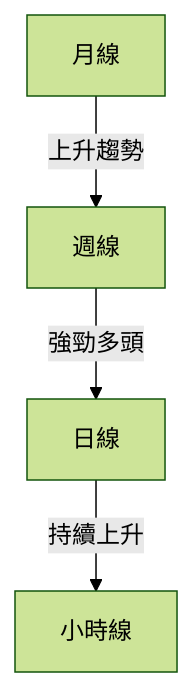
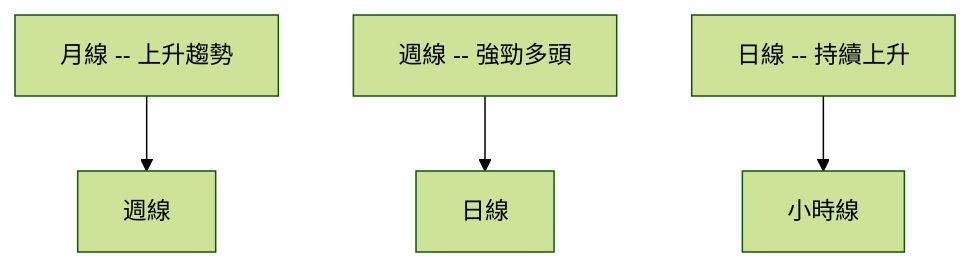
The second of 7 diagrams in ai_gen_report/stock/pl/technical_analysis_2026-05-08_openai.md (yennanliu/finance_data), drawn with Mermaid (forest theme) before and after one commit. The commit also changed other lines of this file and 2258 other files, not shown here.

First line of the commit message:
chore: backfill Mermaid syntax repair across existing reports

````diff
--- a/ai_gen_report/stock/pl/technical_analysis_2026-05-08_openai.md
+++ b/ai_gen_report/stock/pl/technical_analysis_2026-05-08_openai.md
@@ -104,6 +104,6 @@
 ```mermaid
 graph TD
-    月線 -- 上升趨勢 --> 週線
-    週線 -- 強勁多頭 --> 日線
-    日線 -- 持續上升 --> 小時線
+    nb1["月線 -- 上升趨勢"] --> 週線
+    nb2["週線 -- 強勁多頭"] --> 日線
+    nb3["日線 -- 持續上升"] --> 小時線
 ```
````
